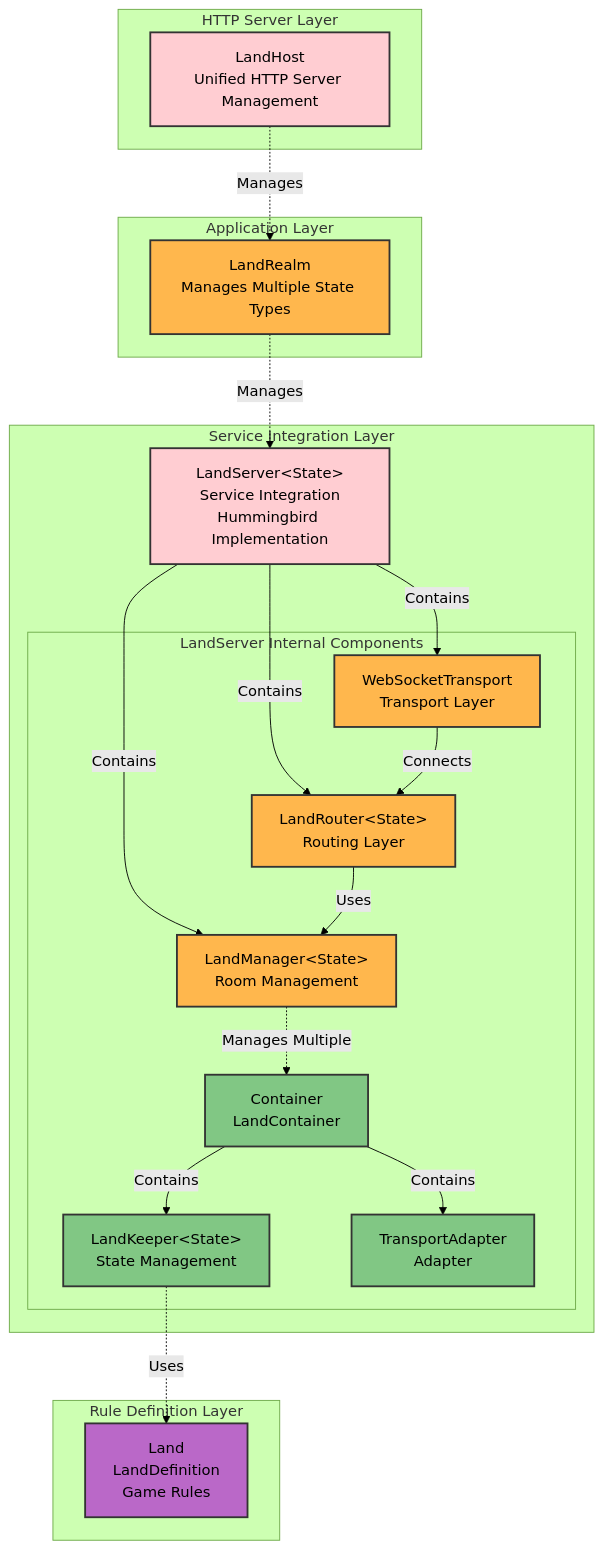
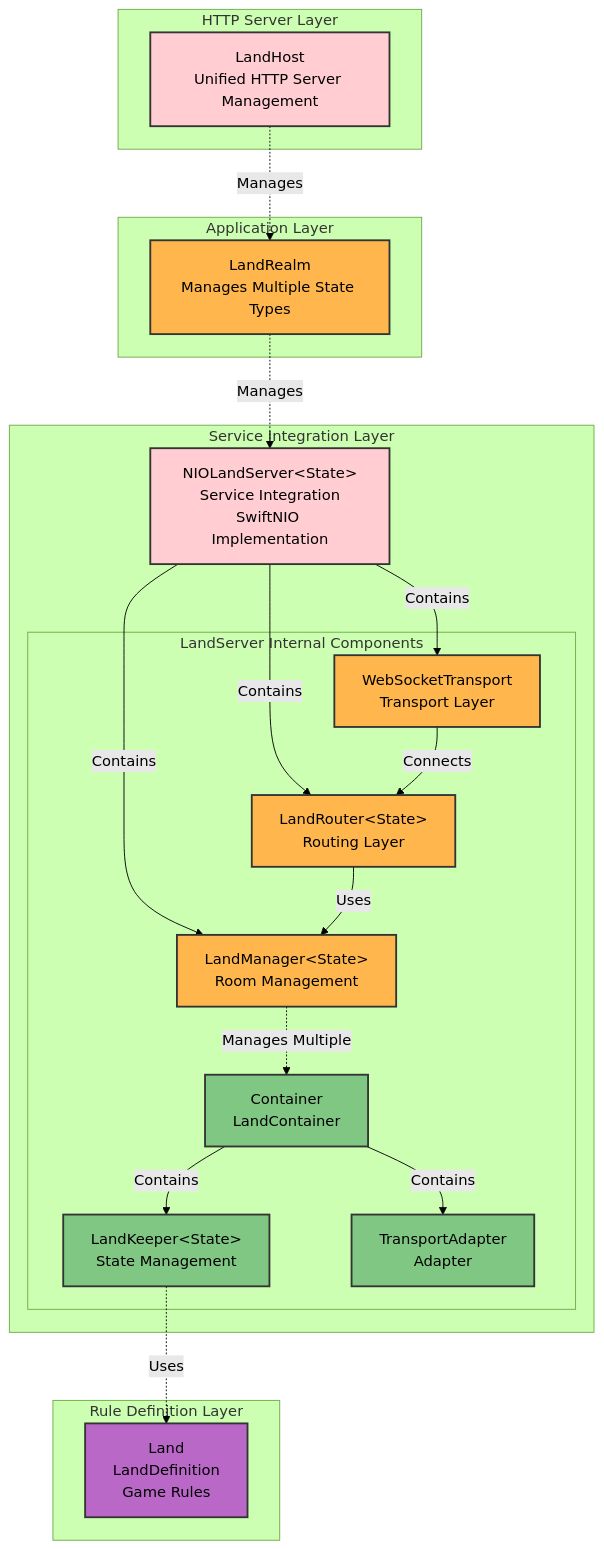
One commit to gmliao/swift-state-tree changed the diagram in docs/architecture.md. Above: the diagram before and after it, drawn with Mermaid (forest theme). The commit also changed other lines of this file and 3 other files, not shown here.

First line of the commit message:
Replace the removed Hummingbird module with the NIO types in docs

````diff
--- a/docs/architecture.md
+++ b/docs/architecture.md
@@ -29,49 +29,49 @@
 ```mermaid
 graph TB
     subgraph "HTTP Server Layer"
         LandHost[LandHost<br/>Unified HTTP Server Management]
     end
     
     subgraph "Application Layer"
         LandRealm[LandRealm<br/>Manages Multiple State Types]
     end
     
     subgraph "Service Integration Layer"
-        LandServer[LandServer&lt;State&gt;<br/>Service Integration<br/>Hummingbird Implementation]
+        LandServer[NIOLandServer&lt;State&gt;<br/>Service Integration<br/>SwiftNIO Implementation]
         
         subgraph "LandServer Internal Components"
             LandManager[LandManager&lt;State&gt;<br/>Room Management]
             LandRouter[LandRouter&lt;State&gt;<br/>Routing Layer]
             Transport[WebSocketTransport<br/>Transport Layer]
             
             LandManager -.->|Manages Multiple| Container[Container<br/>LandContainer]
             Container -->|Contains| LandKeeper[LandKeeper&lt;State&gt;<br/>State Management]
             Container -->|Contains| TransportAdapter[TransportAdapter<br/>Adapter]
         end
         
         LandServer -->|Contains| LandManager
         LandServer -->|Contains| LandRouter
         LandServer -->|Contains| Transport
         LandRouter -->|Uses| LandManager
         Transport -->|Connects| LandRouter
     end
     
     subgraph "Rule Definition Layer"
         LandDef[Land<br/>LandDefinition<br/>Game Rules]
     end
     
     LandHost -.->|Manages| LandRealm
     LandRealm -.->|Manages| LandServer
     LandKeeper -.->|Uses| LandDef
     
     style LandHost fill:#ffcdd2,stroke:#333,stroke-width:2px,color:#000
     style LandServer fill:#ffcdd2,stroke:#333,stroke-width:2px,color:#000
     style LandRealm fill:#ffb74d,stroke:#333,stroke-width:2px,color:#000
     style LandManager fill:#ffb74d,stroke:#333,stroke-width:2px,color:#000
     style LandRouter fill:#ffb74d,stroke:#333,stroke-width:2px,color:#000
     style Transport fill:#ffb74d,stroke:#333,stroke-width:2px,color:#000
     style LandKeeper fill:#81c784,stroke:#333,stroke-width:2px,color:#000
     style Container fill:#81c784,stroke:#333,stroke-width:2px,color:#000
     style TransportAdapter fill:#81c784,stroke:#333,stroke-width:2px,color:#000
     style LandDef fill:#ba68c8,stroke:#333,stroke-width:2px,color:#000
 ```
````
